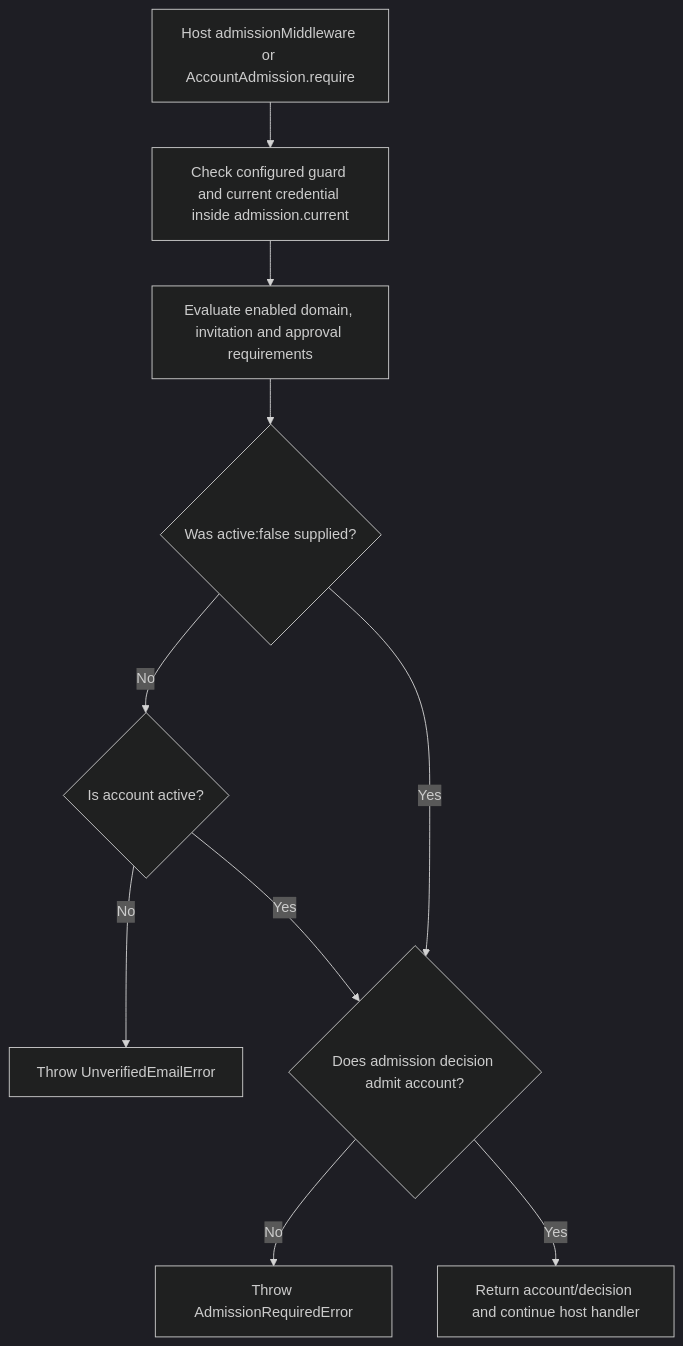
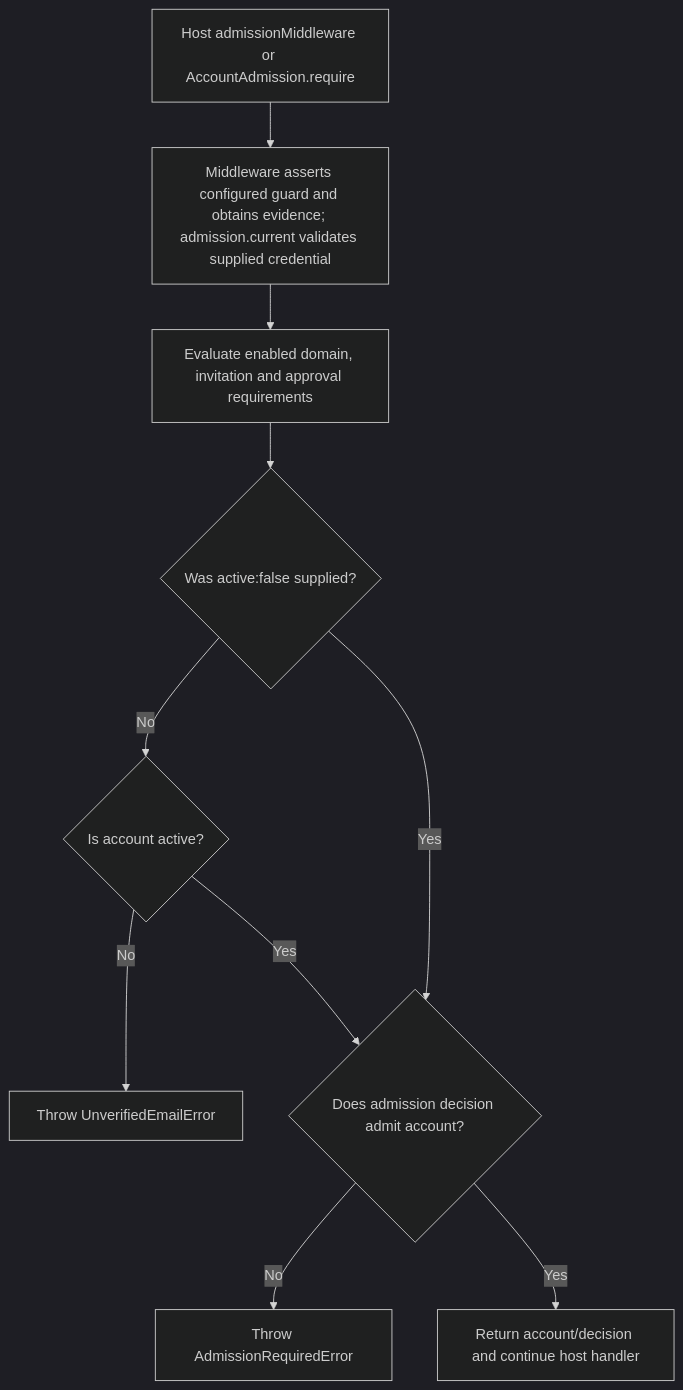
One commit to Kevinjohn/oss-adonisjs-account-kit changed the second of 2 diagrams in user-stories/US-ACCOUNT-25-gate-application-route.md. Above: the diagram before and after it, drawn with Mermaid (dark theme). The commit also changed 43 other files, not shown here.

````diff
--- a/user-stories/US-ACCOUNT-25-gate-application-route.md
+++ b/user-stories/US-ACCOUNT-25-gate-application-route.md
@@ -35,12 +35,12 @@
 ```mermaid
 flowchart TD
- A["Host admissionMiddleware or AccountAdmission.require"] --> B["Check configured guard and current credential inside admission.current"]
+ A["Host admissionMiddleware or AccountAdmission.require"] --> B["Middleware asserts configured guard and obtains evidence; admission.current validates supplied credential"]
  B --> C["Evaluate enabled domain, invitation and approval requirements"]
  C --> D{"Was active:false supplied?"}
  D -->|No| E{"Is account active?"}
  E -->|No| F["Throw UnverifiedEmailError"]
  E -->|Yes| G{"Does admission decision admit account?"}
  D -->|Yes| G
  G -->|No| H["Throw AdmissionRequiredError"]
  G -->|Yes| I["Return account/decision and continue host handler"]
 ```
````
